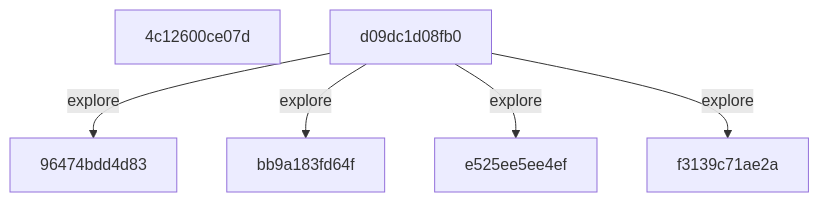
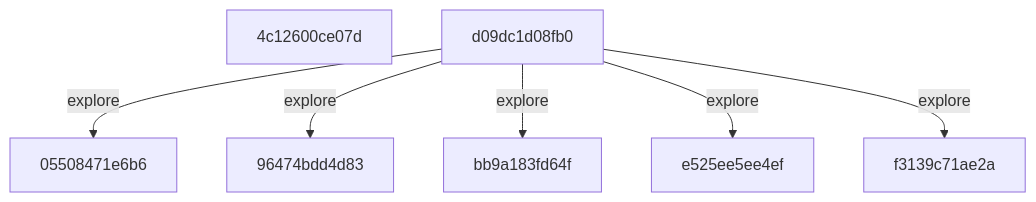
One commit to timbtz/feyer-search-lab changed the diagram in README.md. Above: the diagram before and after it, drawn with Mermaid. The commit also changed other lines of this file and 1 other file, not shown here.

Commit message:
research: timbtz

````diff
--- a/README.md
+++ b/README.md
@@ -23,13 +23,15 @@
 ```mermaid
 graph TD
-  c0["4c12600ce07d"]
-  c1["96474bdd4d83"]
-  c2["bb9a183fd64f"]
-  c3["d09dc1d08fb0"]
-  c4["e525ee5ee4ef"]
-  c5["f3139c71ae2a"]
-  c3 -->|explore| c1
-  c3 -->|explore| c2
-  c3 -->|explore| c4
-  c3 -->|explore| c5
+  c0["05508471e6b6"]
+  c1["4c12600ce07d"]
+  c2["96474bdd4d83"]
+  c3["bb9a183fd64f"]
+  c4["d09dc1d08fb0"]
+  c5["e525ee5ee4ef"]
+  c6["f3139c71ae2a"]
+  c4 -->|explore| c0
+  c4 -->|explore| c2
+  c4 -->|explore| c3
+  c4 -->|explore| c5
+  c4 -->|explore| c6
 ```
````
